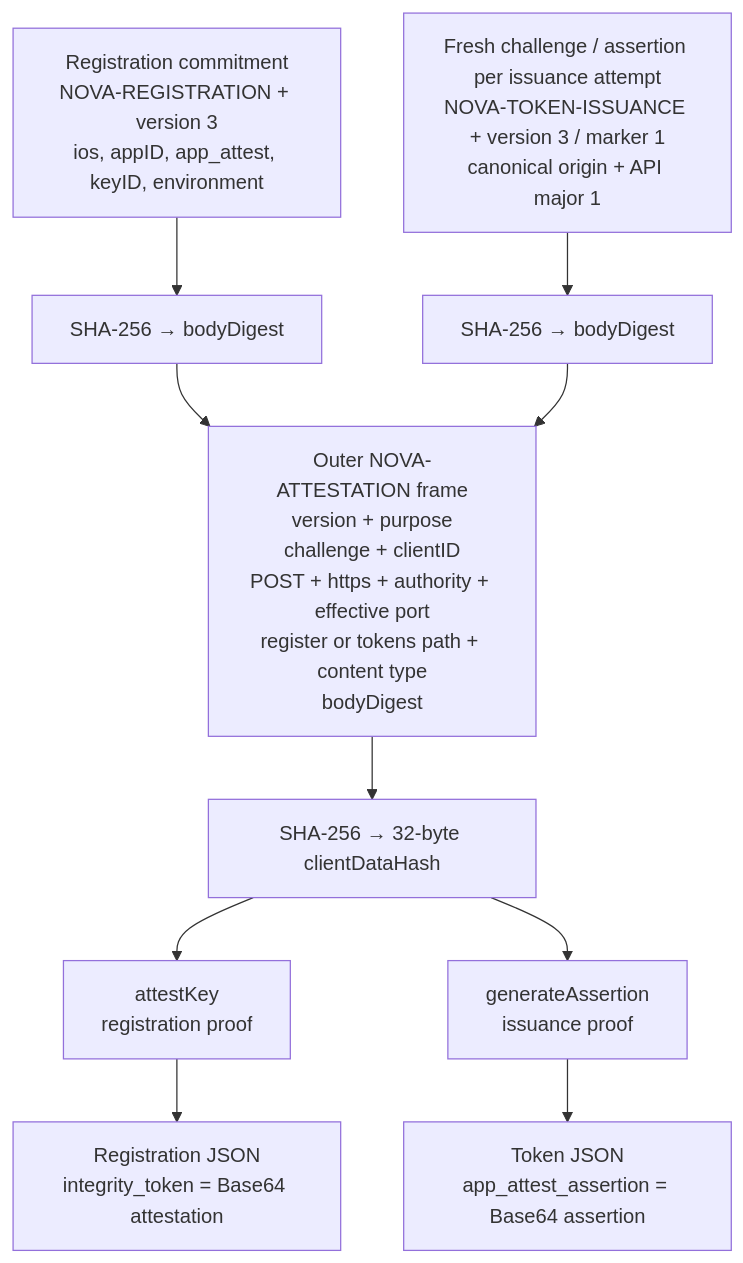
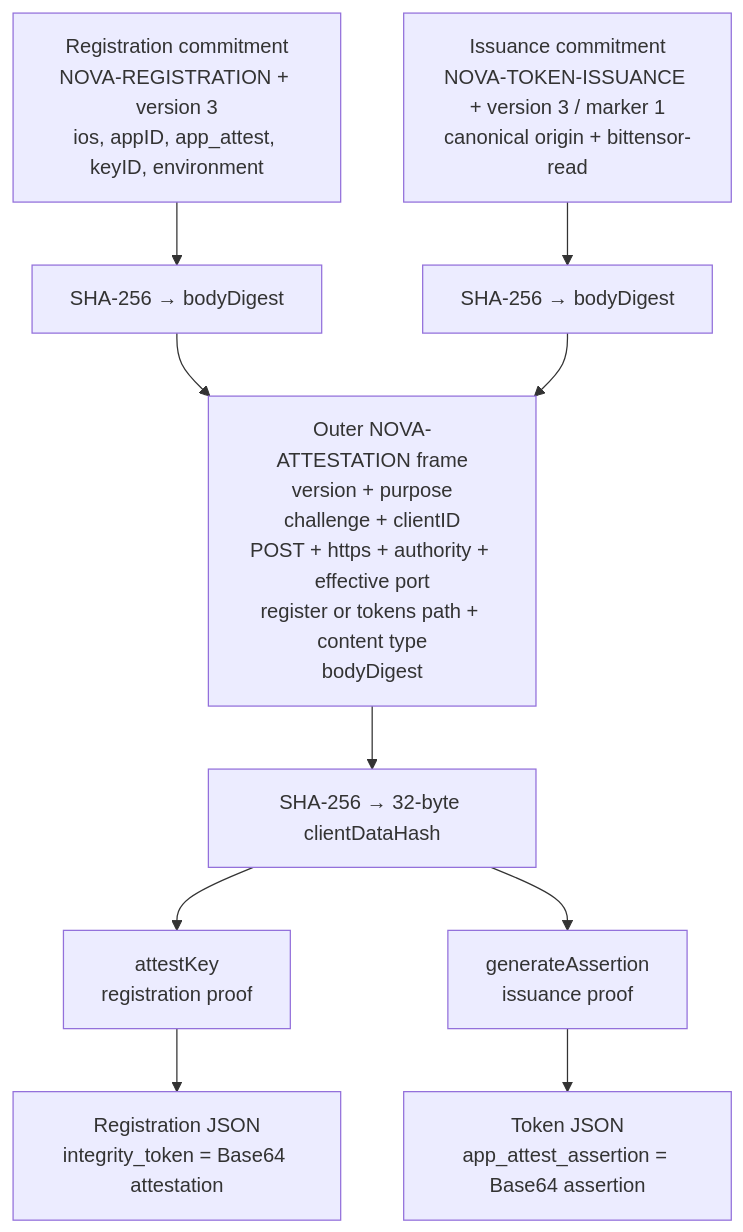
The third of 10 diagrams in .claude/docs/architecture/novaauth-client-diagrams.md (novasamatech/nova-wallet-ios), drawn with Mermaid before and after one commit. The commit also changed other lines of this file and 1 other file, not shown here.

Commit message:
document the bittensor side of the nova auth client architecture

````diff
--- a/.claude/docs/architecture/novaauth-client-diagrams.md
+++ b/.claude/docs/architecture/novaauth-client-diagrams.md
@@ -101,12 +109,12 @@
 ```mermaid
 flowchart TB
   R["Registration commitment<br/>NOVA-REGISTRATION + version 3<br/>ios, appID, app_attest, keyID, environment"] --> RH["SHA-256 → bodyDigest"]
-  T["Fresh challenge / assertion per issuance attempt<br/>NOVA-TOKEN-ISSUANCE + version 3 / marker 1<br/>canonical origin + API major 1"] --> TH["SHA-256 → bodyDigest"]
+  T["Issuance commitment<br/>NOVA-TOKEN-ISSUANCE + version 3 / marker 1<br/>canonical origin + bittensor-read"] --> TH["SHA-256 → bodyDigest"]
   RH --> FRAME["Outer NOVA-ATTESTATION frame<br/>version + purpose<br/>challenge + clientID<br/>POST + https + authority + effective port<br/>register or tokens path + content type<br/>bodyDigest"]
   TH --> FRAME
   FRAME --> HASH["SHA-256 → 32-byte clientDataHash"]
   HASH --> REG["attestKey<br/>registration proof"]
   HASH --> ASSERT["generateAssertion<br/>issuance proof"]
   REG --> RJSON["Registration JSON<br/>integrity_token = Base64 attestation"]
   ASSERT --> TJSON["Token JSON<br/>app_attest_assertion = Base64 assertion"]
 ```
````
